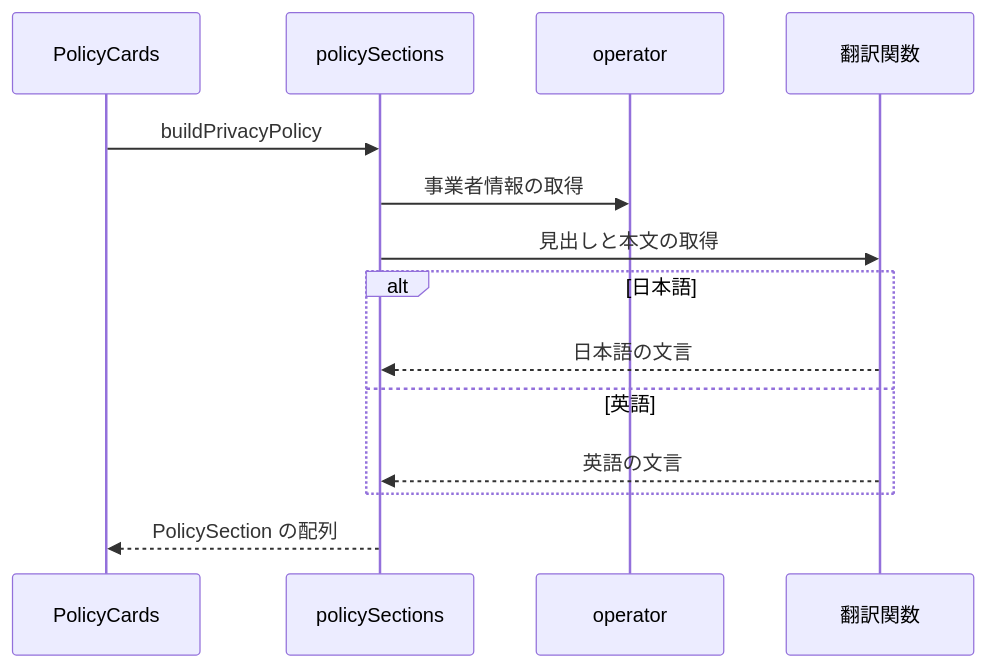
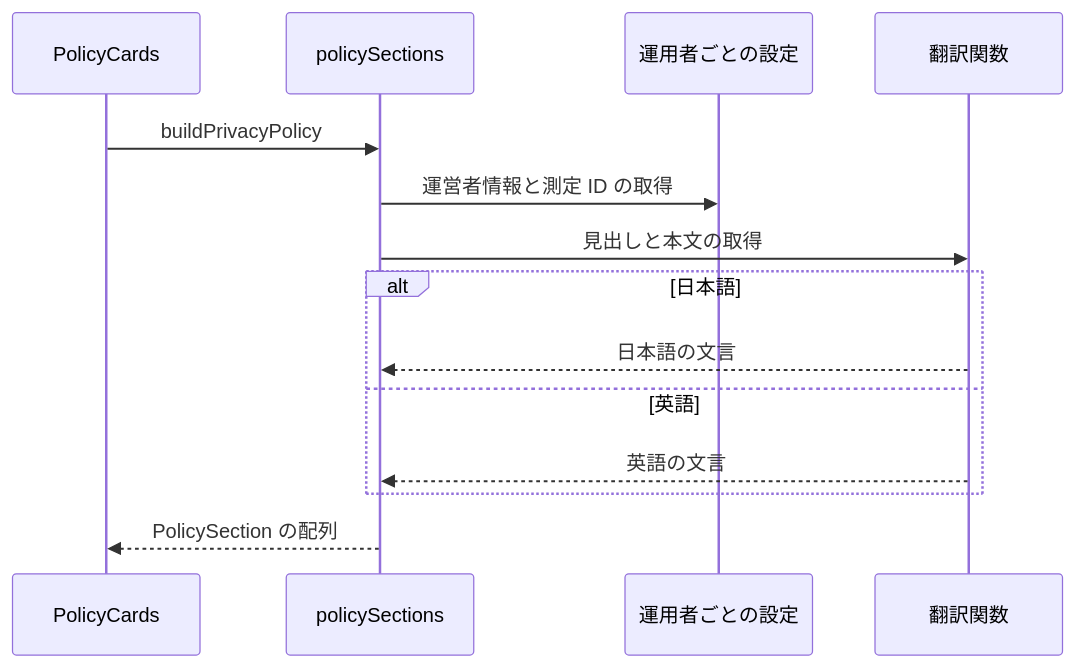
The second of 2 diagrams in specs/privacy-policy/design.md (nekono-dev/skyshare), drawn with Mermaid before and after one commit. The commit also changed other lines of this file and 31 other files, not shown here.

````diff
--- a/specs/privacy-policy/design.md
+++ b/specs/privacy-policy/design.md
@@ -26,16 +25,16 @@
 ```mermaid
 sequenceDiagram
   participant PolicyCards
   participant policySections
-  participant operator
+  participant ext_siteConfig as 運用者ごとの設定
   participant ext_translate as 翻訳関数
   PolicyCards->>policySections: buildPrivacyPolicy
-  policySections->>operator: 事業者情報の取得
+  policySections->>ext_siteConfig: 運営者情報と測定 ID の取得
   policySections->>ext_translate: 見出しと本文の取得
   alt 日本語
     ext_translate-->>policySections: 日本語の文言
   else 英語
     ext_translate-->>policySections: 英語の文言
   end
   policySections-->>PolicyCards: PolicySection の配列
 ```
````
